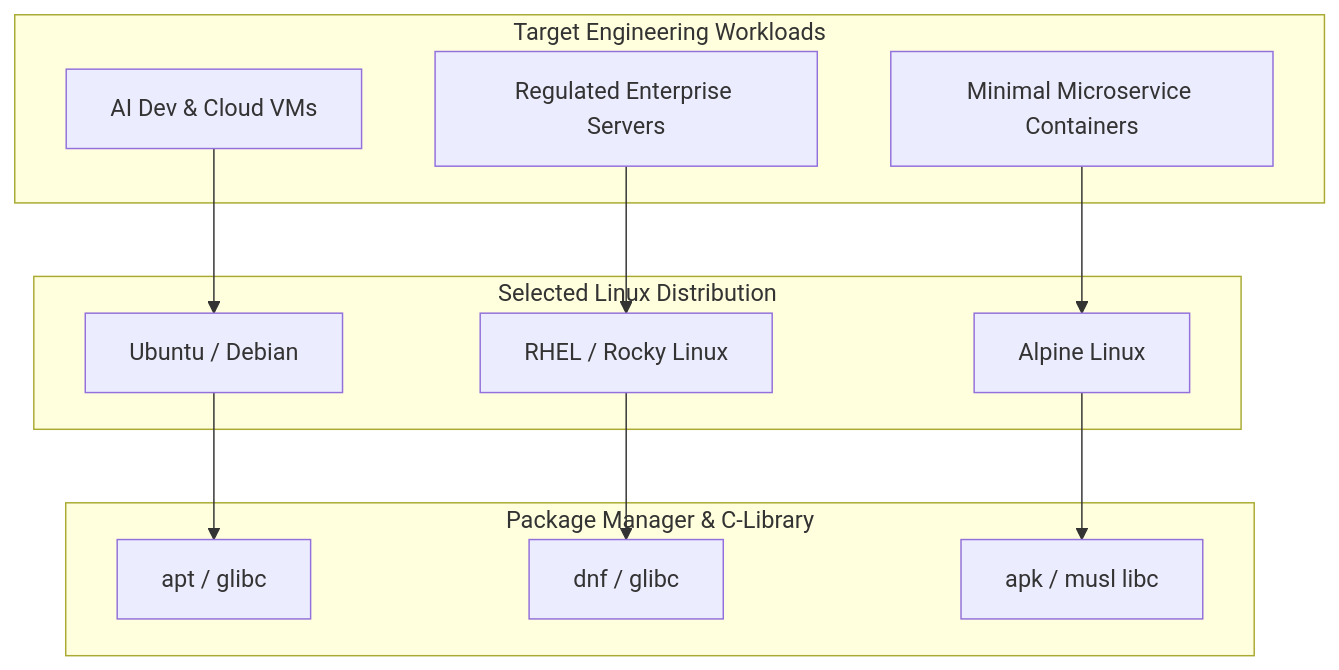
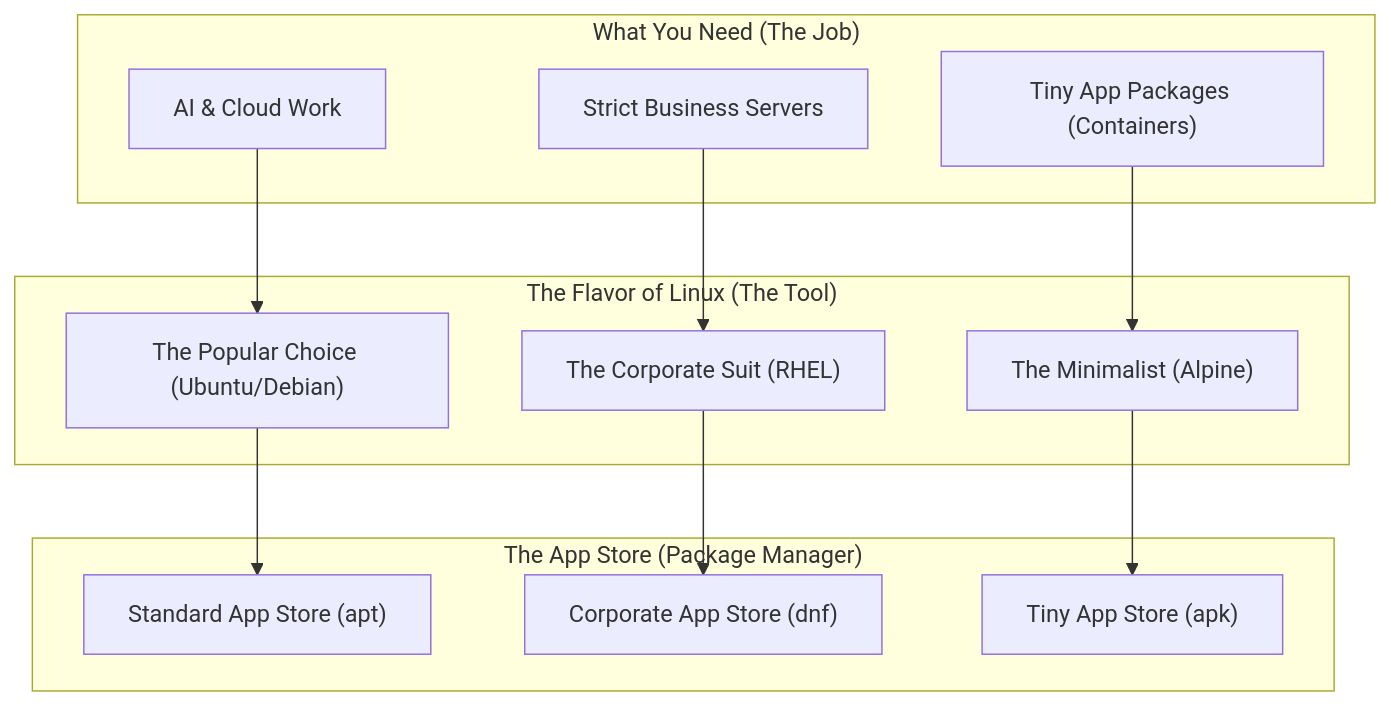
One commit to aloysiuspattath/platform-engineering-ai-course changed the diagram in website/pages/modules/module-01/lesson-03.md. Above: the diagram before and after it, drawn with Mermaid. The commit also changed other lines of this file and 56 other files, not shown here.

Commit message:
refactor: simplify all architecture diagrams and explanations to layman's terms via AI subagent swarm

````diff
--- a/website/pages/modules/module-01/lesson-03.md
+++ b/website/pages/modules/module-01/lesson-03.md
@@ -91,28 +91,28 @@
 ```mermaid
 flowchart TD
-    subgraph UseCases [Target Engineering Workloads]
-        UC_DEV[AI Dev & Cloud VMs]
-        UC_ENT[Regulated Enterprise Servers]
-        UC_CONT[Minimal Microservice Containers]
+    subgraph UseCases ["What You Need (The Job)"]
+        UC_DEV["AI & Cloud Work"]
+        UC_ENT["Strict Business Servers"]
+        UC_CONT["Tiny App Packages (Containers)"]
     end
 
-    subgraph Distros [Selected Linux Distribution]
-        D_UBUNTU[Ubuntu / Debian]
-        D_RHEL[RHEL / Rocky Linux]
-        D_ALPINE[Alpine Linux]
+    subgraph Distros ["The Flavor of Linux (The Tool)"]
+        D_UBUNTU["The Popular Choice (Ubuntu/Debian)"]
+        D_RHEL["The Corporate Suit (RHEL)"]
+        D_ALPINE["The Minimalist (Alpine)"]
     end
 
-    subgraph Packages [Package Manager & C-Library]
-        P_APT[apt / glibc]
-        P_DNF[dnf / glibc]
-        P_APK[apk / musl libc]
+    subgraph Packages ["The App Store (Package Manager)"]
+        P_APT["Standard App Store (apt)"]
+        P_DNF["Corporate App Store (dnf)"]
+        P_APK["Tiny App Store (apk)"]
     end
 
     UC_DEV --> D_UBUNTU
     UC_ENT --> D_RHEL
     UC_CONT --> D_ALPINE
 
     D_UBUNTU --> P_APT
     D_RHEL --> P_DNF
     D_ALPINE --> P_APK
 ```
````
